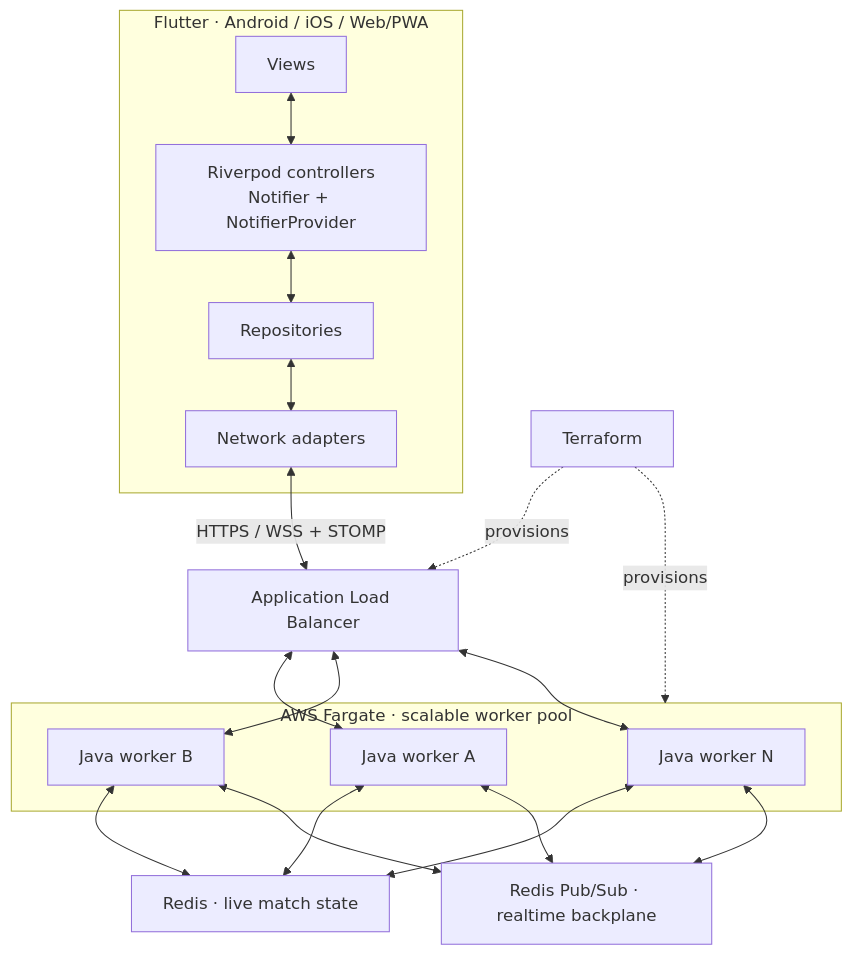
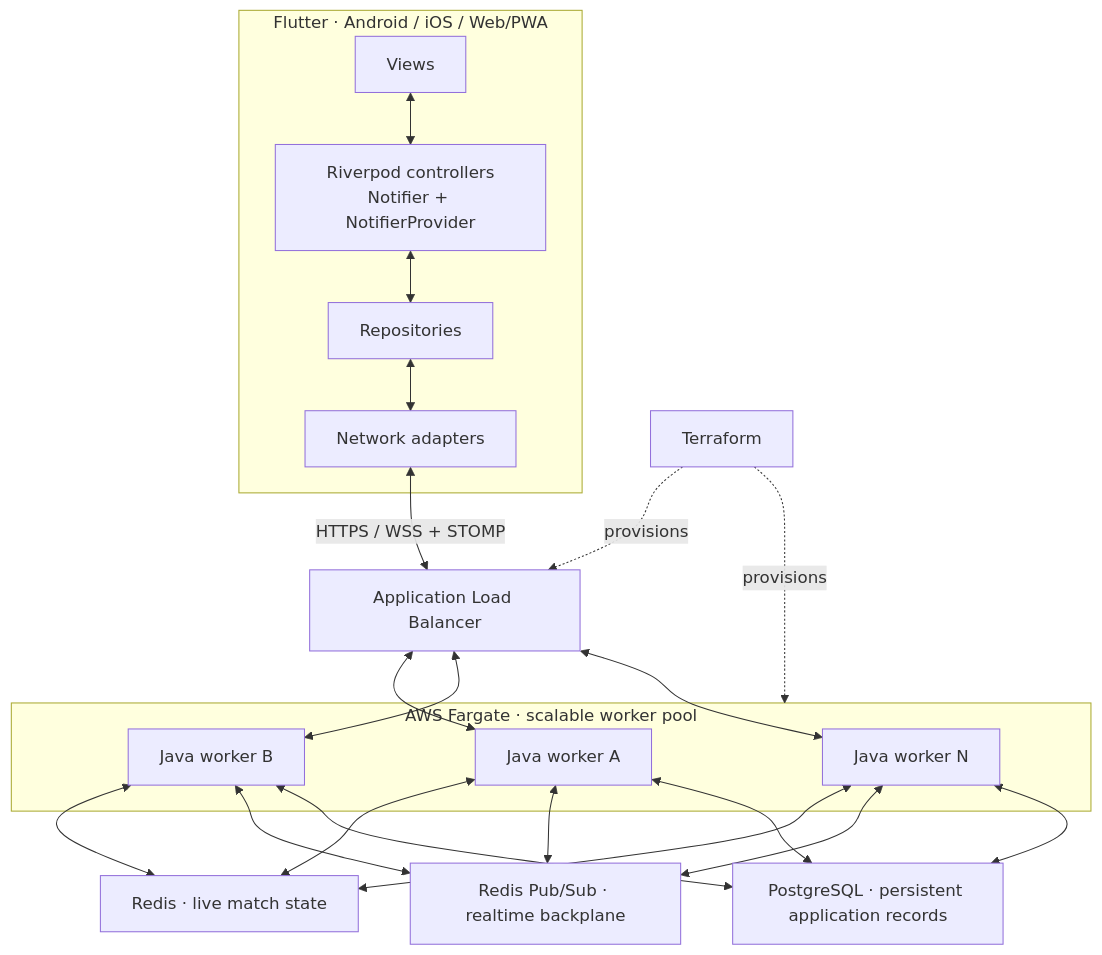
The diagram in README.md (manoelcastillo/jogada-multiplayer), drawn with Mermaid before and after one commit. The commit also changed other lines of this file and 2 other files, not shown here.

Commit message:
docs: show PostgreSQL in the high-level architecture

````diff
--- a/README.md
+++ b/README.md
@@ -39,35 +39,39 @@
 ```mermaid
 flowchart TB
     subgraph client["Flutter · Android / iOS / Web/PWA"]
         view["Views"]
         controller["Riverpod controllers<br/>Notifier + NotifierProvider"]
         repository["Repositories"]
         network["Network adapters"]
         view <--> controller
         controller <--> repository
         repository <--> network
     end
 
     network <-->|"HTTPS / WSS + STOMP"| alb["Application Load Balancer"]
 
     subgraph workers["AWS Fargate · scalable worker pool"]
         a["Java worker A"]
         b["Java worker B"]
         n["Java worker N"]
     end
 
     alb <--> a
     alb <--> b
     alb <--> n
 
     a <--> state["Redis · live match state"]
     b <--> state
     n <--> state
 
     a <--> pubsub["Redis Pub/Sub · realtime backplane"]
     b <--> pubsub
     n <--> pubsub
 
+    a <--> postgres["PostgreSQL · persistent application records"]
+    b <--> postgres
+    n <--> postgres
+
     terraform["Terraform"] -. provisions .-> alb
     terraform -. provisions .-> workers
 ```
````
